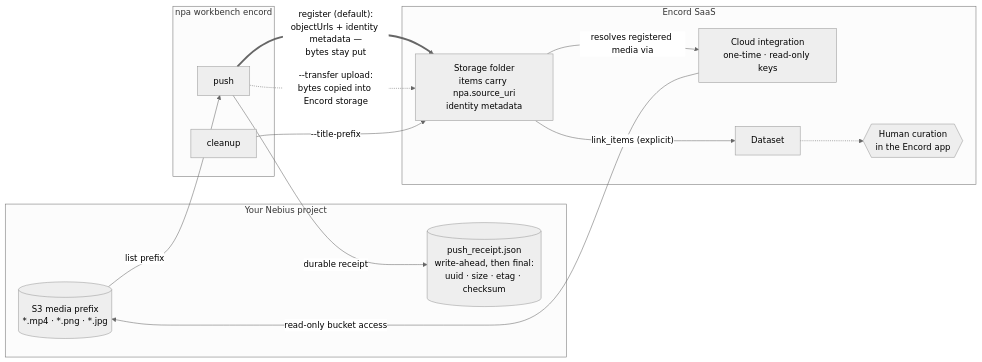
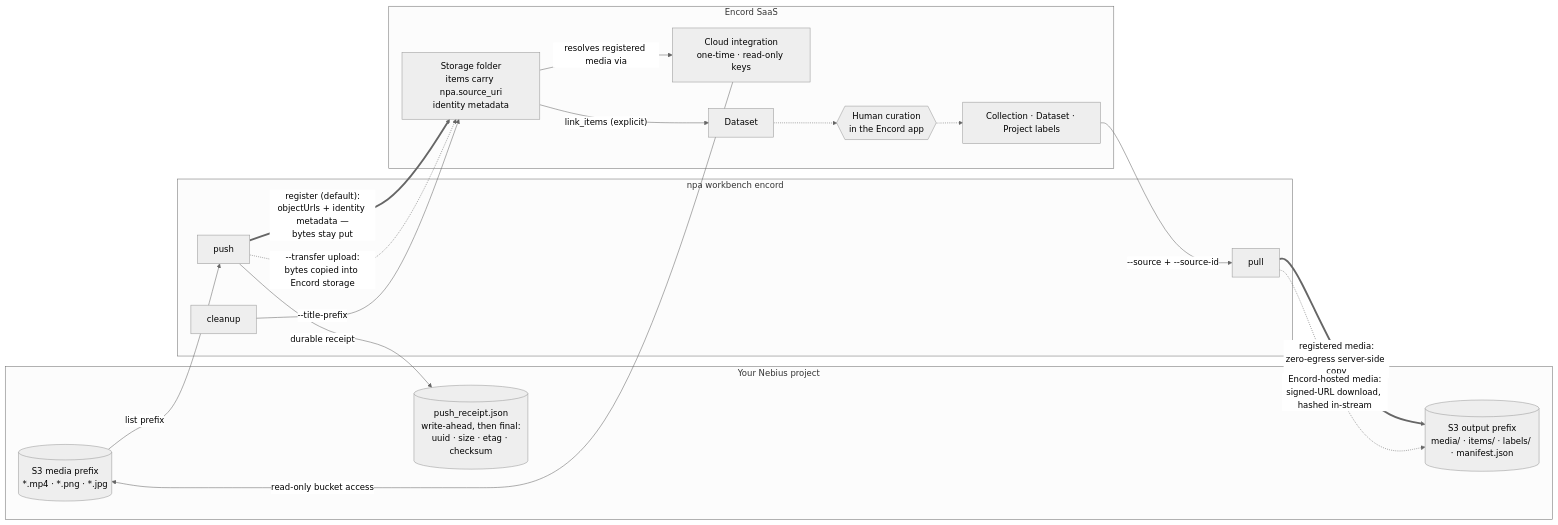
The diagram in docs/workbench/encord.md (jonlwowski012/nebius-physical-ai), drawn with Mermaid (neutral theme) before and after one commit. The commit also changed other lines of this file and 16 other files, not shown here.

First line of the commit message:
feat(encord): pull verb and the pull toolRef

````diff
--- a/docs/workbench/encord.md
+++ b/docs/workbench/encord.md
@@ -41,29 +45,36 @@
 ```mermaid
 flowchart LR
     subgraph nebius["Your Nebius project"]
         SRC[("S3 media prefix<br/>*.mp4 · *.png · *.jpg")]
         RCPT[("push_receipt.json<br/>write-ahead, then final:<br/>uuid · size · etag · checksum")]
+        DEST[("S3 output prefix<br/>media/ · items/ · labels/ · manifest.json")]
     end
 
     subgraph cli["npa workbench encord"]
         PUSH["push"]
+        PULL["pull"]
         CLN["cleanup"]
     end
 
     subgraph encord["Encord SaaS"]
         INT["Cloud integration<br/>one-time · read-only keys"]
         FOLDER["Storage folder<br/>items carry npa.source_uri<br/>identity metadata"]
         DATASET["Dataset"]
         HCUR{{"Human curation<br/>in the Encord app"}}
+        COLL["Collection · Dataset · Project labels"]
     end
 
     SRC -- "list prefix" --> PUSH
     PUSH == "register (default):<br/>objectUrls + identity metadata —<br/>bytes stay put" ==> FOLDER
     PUSH -. "--transfer upload:<br/>bytes copied into Encord storage" .-> FOLDER
     FOLDER -- "resolves registered media via" --> INT
     INT -- "read-only bucket access" --> SRC
     PUSH -- "durable receipt" --> RCPT
     FOLDER -- "link_items (explicit)" --> DATASET
     DATASET -.-> HCUR
+    HCUR -.-> COLL
+    COLL -- "--source + --source-id" --> PULL
+    PULL == "registered media:<br/>zero-egress server-side copy" ==> DEST
+    PULL -. "Encord-hosted media:<br/>signed-URL download, hashed in-stream" .-> DEST
     CLN -- "--title-prefix" --> FOLDER
 ```
````
